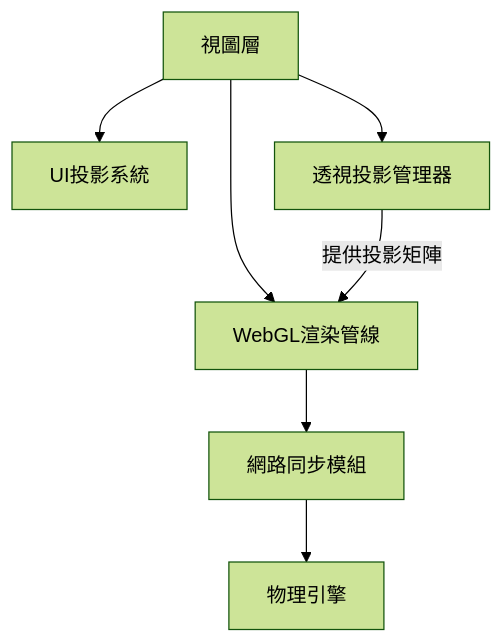
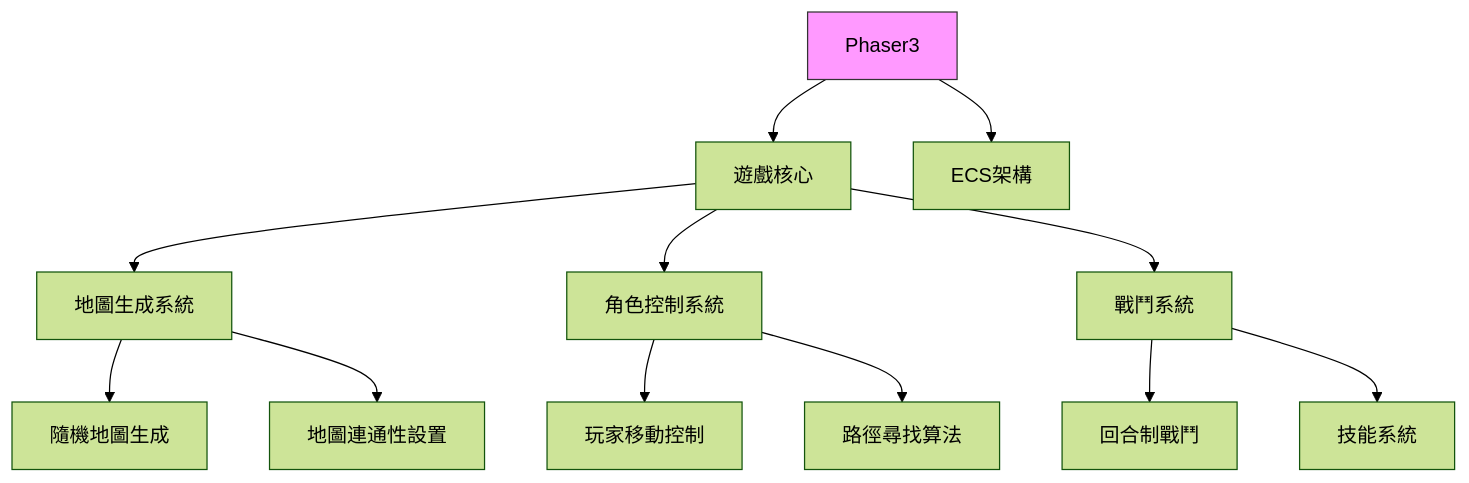
One commit to ainlee/WebRPG changed the first of 5 diagrams in spec.md. Above: the diagram before and after it, drawn with Mermaid (forest theme). The commit also changed other lines of this file and 42 other files, not shown here.

````diff
--- a/spec.md
+++ b/spec.md
@@ -5,9 +13,15 @@
 ```mermaid
-graph TD
-    A[視圖層] --> B[WebGL渲染管線]
-    A --> C[UI投影系統]
-    A --> P[透視投影管理器]
-    B --> D[網路同步模組]
-    D --> E[物理引擎]
-    P -->|提供投影矩陣| B
+flowchart TD
+    P[Phaser3] --> A[遊戲核心]
+    A --> B[地圖生成系統]
+    A --> C[角色控制系統]
+    A --> D[戰鬥系統]
+    B --> E[隨機地圖生成]
+    B --> F[地圖連通性設置]
+    C --> G[玩家移動控制]
+    C --> H[路徑尋找算法]
+    D --> I[回合制戰鬥]
+    D --> J[技能系統]
+    P --> K[ECS架構]
+    style P fill:#f9f,stroke:#333
 ```
````
